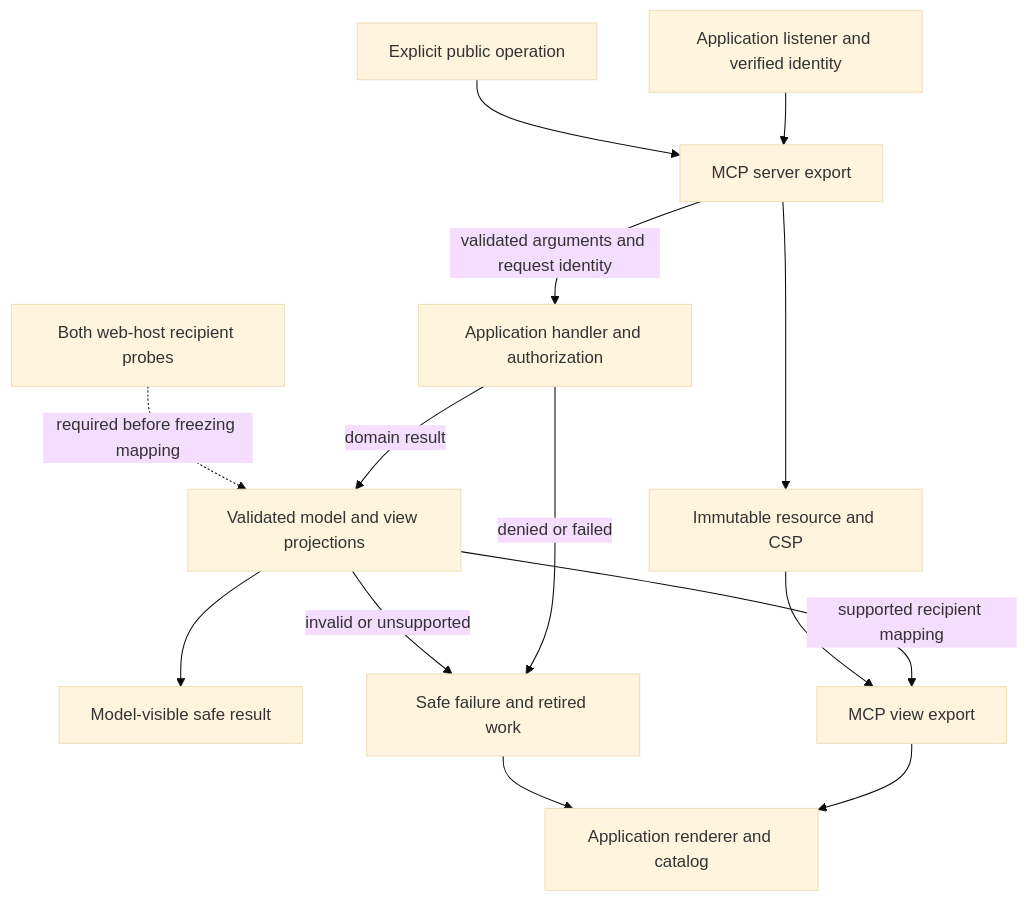
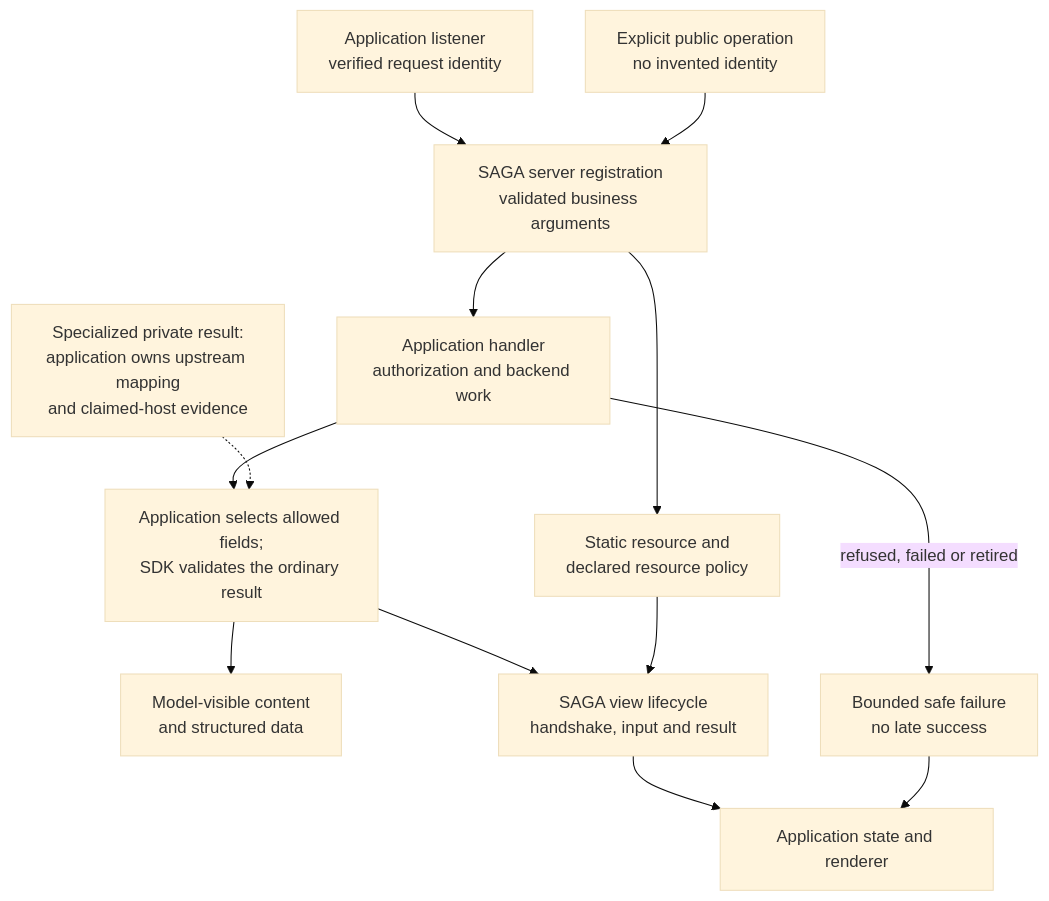
The diagram in diagrams/reusable-mcp-connector.mmd (MachineWisdomAI/saga-a2ui), drawn with Mermaid (base theme) before and after one commit. The commit also changed 37 other files, not shown here.

Commit message:
docs: explain action and request lifecycle ownership

```diff
--- a/diagrams/reusable-mcp-connector.mmd
+++ b/diagrams/reusable-mcp-connector.mmd
@@ -1,14 +1,13 @@
 flowchart TD
-  listener[Application listener and verified identity] --> server[MCP server export]
-  public[Explicit public operation] --> server
-  server -->|validated arguments and request identity| handler[Application handler and authorization]
-  handler -->|domain result| projections[Validated model and view projections]
-  probe[Both web-host recipient probes] -.->|required before freezing mapping| projections
-  projections --> model[Model-visible safe result]
-  projections -->|supported recipient mapping| bridge[MCP view export]
-  bridge --> renderer[Application renderer and catalog]
-  server --> resource[Immutable resource and CSP]
-  resource --> bridge
-  handler -->|denied or failed| failure[Safe failure and retired work]
-  projections -->|invalid or unsupported| failure
-  failure --> renderer
+  L["Application listener<br/>verified request identity"] --> S["SAGA server registration<br/>validated business arguments"]
+  P["Explicit public operation<br/>no invented identity"] --> S
+  S --> H["Application handler<br/>authorization and backend work"]
+  H --> R["Application selects allowed fields;<br/>SDK validates the ordinary result"]
+  R --> M["Model-visible content<br/>and structured data"]
+  R --> V["SAGA view lifecycle<br/>handshake, input and result"]
+  S --> A["Static resource and<br/>declared resource policy"]
+  A --> V
+  V --> UI["Application state and renderer"]
+  H -->|"refused, failed or retired"| F["Bounded safe failure<br/>no late success"]
+  F --> UI
+  Q["Specialized private result:<br/>application owns upstream mapping<br/>and claimed-host evidence"] -.-> R
```
